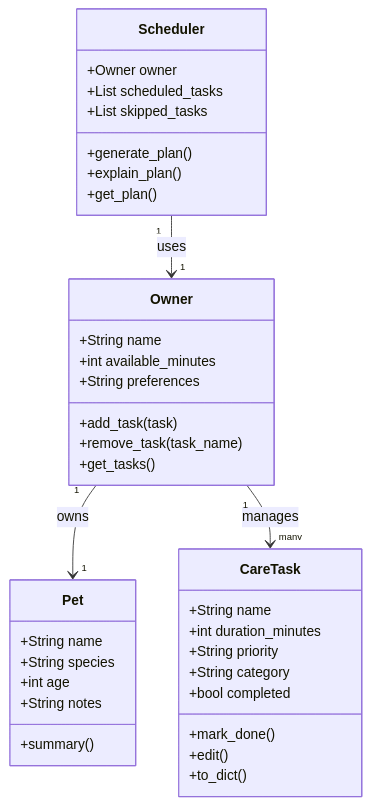
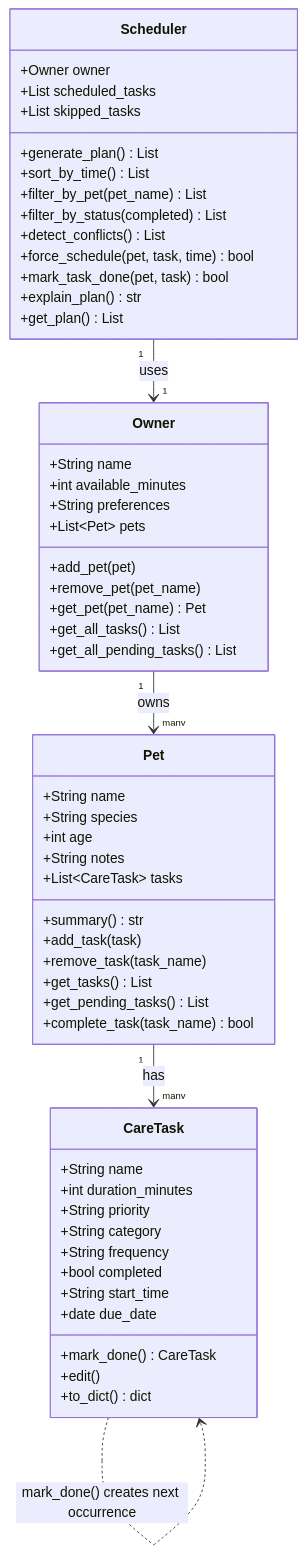
One commit to Ruiyang1210W/ai110-module2show-pawpal-starter changed the diagram in design/class_diagram.mmd. Above: the diagram before and after it, drawn with Mermaid. The commit also changed 7 other files, not shown here.

```diff
--- a/design/class_diagram.mmd
+++ b/design/class_diagram.mmd
@@ -1,41 +1,60 @@
 classDiagram
-    class Owner {
+    class CareTask {
         +String name
-        +int available_minutes
-        +String preferences
-        +add_task(task)
-        +remove_task(task_name)
-        +get_tasks()
+        +int duration_minutes
+        +String priority
+        +String category
+        +String frequency
+        +bool completed
+        +String start_time
+        +date due_date
+        +mark_done() CareTask
+        +edit()
+        +to_dict() dict
     }
 
     class Pet {
         +String name
         +String species
         +int age
         +String notes
-        +summary()
+        +List~CareTask~ tasks
+        +summary() str
+        +add_task(task)
+        +remove_task(task_name)
+        +get_tasks() List
+        +get_pending_tasks() List
+        +complete_task(task_name) bool
     }
 
-    class CareTask {
+    class Owner {
         +String name
-        +int duration_minutes
-        +String priority
-        +String category
-        +bool completed
-        +mark_done()
-        +edit()
-        +to_dict()
+        +int available_minutes
+        +String preferences
+        +List~Pet~ pets
+        +add_pet(pet)
+        +remove_pet(pet_name)
+        +get_pet(pet_name) Pet
+        +get_all_tasks() List
+        +get_all_pending_tasks() List
     }
 
     class Scheduler {
         +Owner owner
         +List scheduled_tasks
         +List skipped_tasks
-        +generate_plan()
-        +explain_plan()
-        +get_plan()
+        +generate_plan() List
+        +sort_by_time() List
+        +filter_by_pet(pet_name) List
+        +filter_by_status(completed) List
+        +detect_conflicts() List
+        +force_schedule(pet, task, time) bool
+        +mark_task_done(pet, task) bool
+        +explain_plan() str
+        +get_plan() List
     }
 
-    Owner "1" --> "1" Pet : owns
-    Owner "1" --> "many" CareTask : manages
+    Owner "1" --> "many" Pet : owns
+    Pet "1" --> "many" CareTask : has
     Scheduler "1" --> "1" Owner : uses
+    CareTask ..> CareTask : mark_done() creates next occurrence
```
